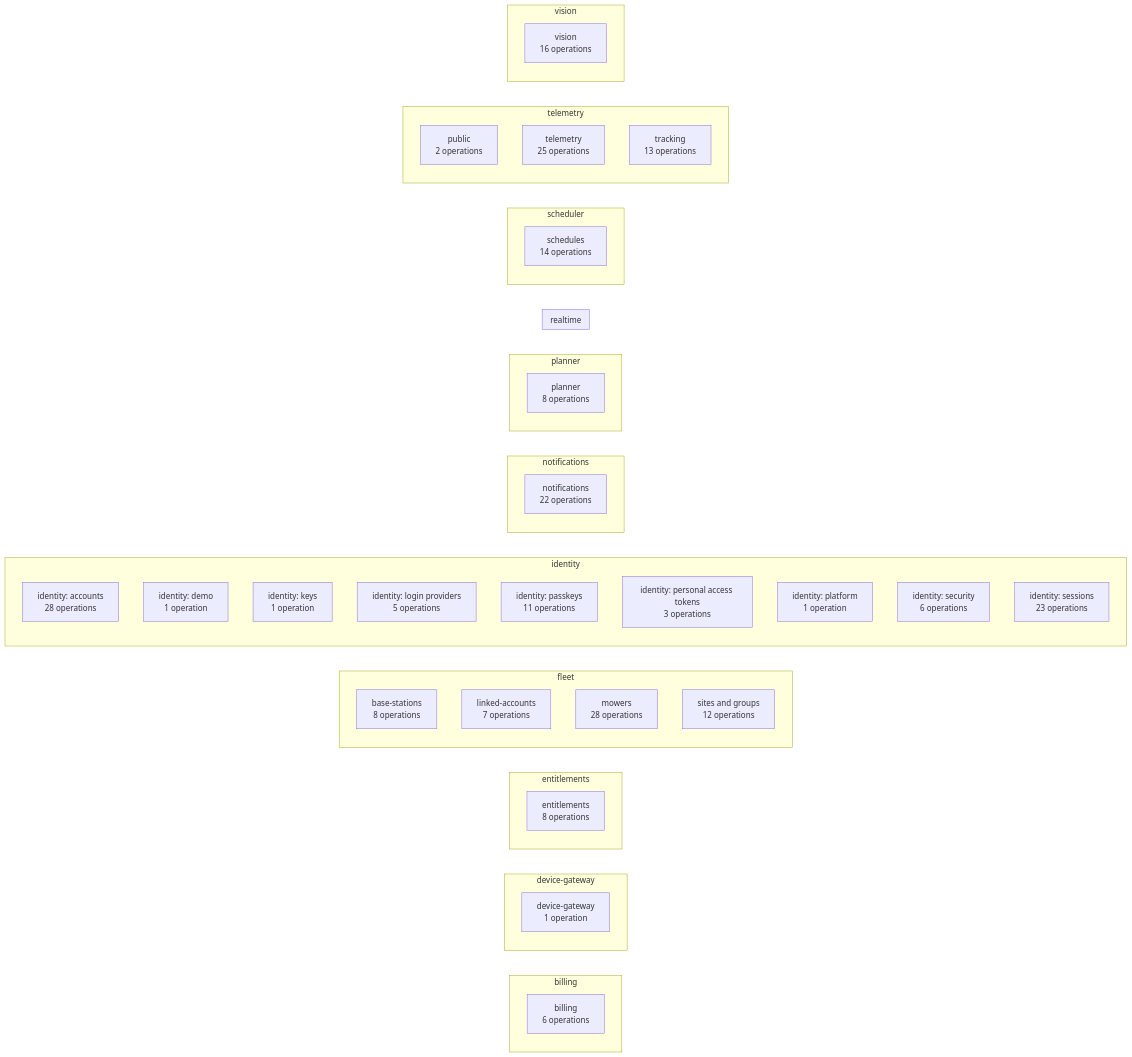
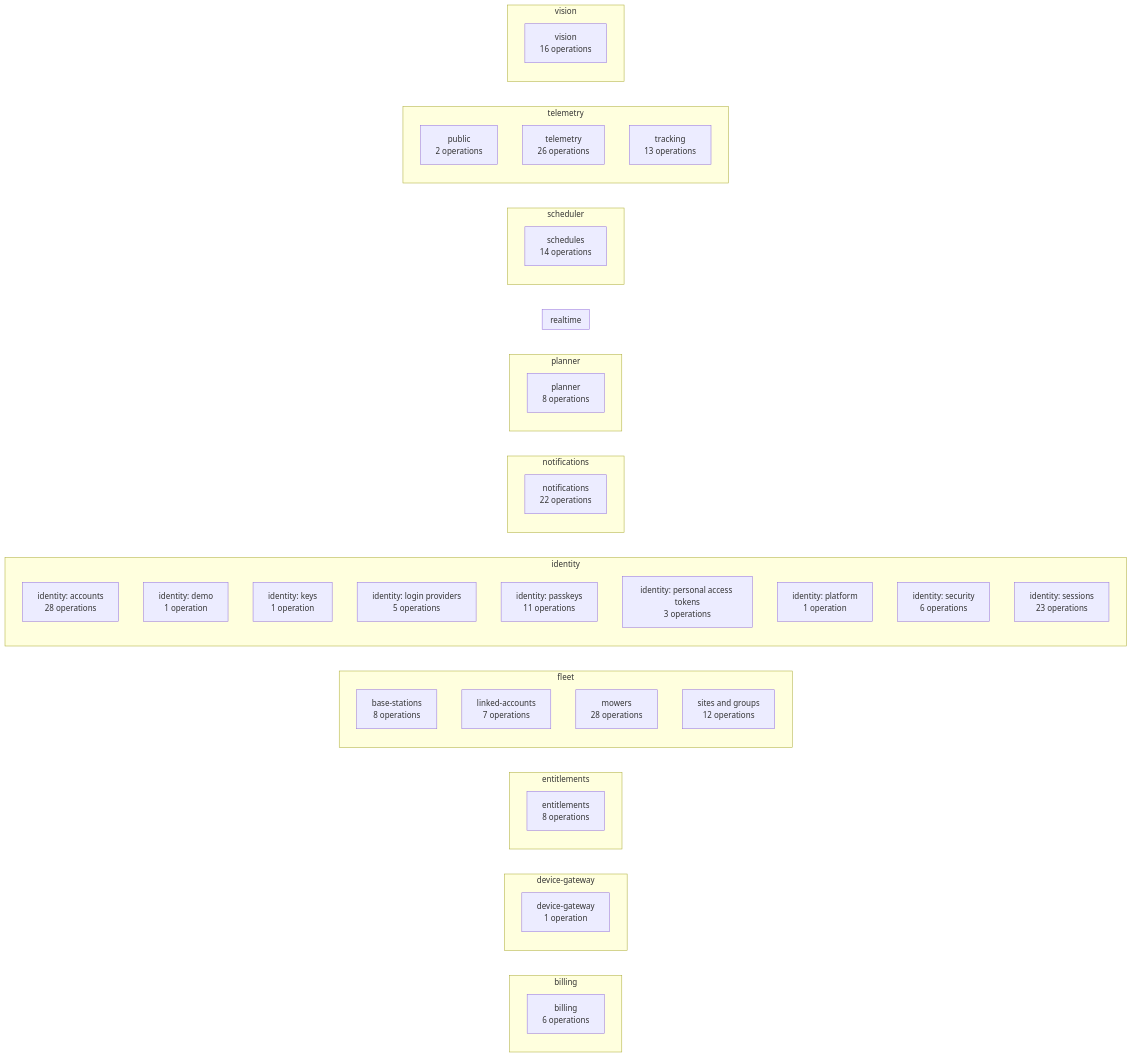
One commit to lukislp/mowdeck changed diagram 14 of 15 in docs/architecture/generated.md. Above: the diagram before and after it, drawn with Mermaid. The commit also changed other lines of this file and 33 other files, not shown here.

````diff
--- a/docs/architecture/generated.md
+++ b/docs/architecture/generated.md
@@ -437,59 +438,59 @@
 ```mermaid
 flowchart LR
   subgraph billing["billing"]
     direction TB
     billing_billing["billing<br/>6 operations"]
   end
   subgraph device_gateway["device-gateway"]
     direction TB
     device_gateway_device_gateway["device-gateway<br/>1 operation"]
   end
   subgraph entitlements["entitlements"]
     direction TB
     entitlements_entitlements["entitlements<br/>8 operations"]
   end
   subgraph fleet["fleet"]
     direction TB
     fleet_base_stations["base-stations<br/>8 operations"]
     fleet_linked_accounts["linked-accounts<br/>7 operations"]
     fleet_mowers["mowers<br/>28 operations"]
     fleet_sites_and_groups["sites and groups<br/>12 operations"]
   end
   subgraph identity["identity"]
     direction TB
     identity_identity__accounts["identity: accounts<br/>28 operations"]
     identity_identity__demo["identity: demo<br/>1 operation"]
     identity_identity__keys["identity: keys<br/>1 operation"]
     identity_identity__login_providers["identity: login providers<br/>5 operations"]
     identity_identity__passkeys["identity: passkeys<br/>11 operations"]
     identity_identity__personal_access_tokens["identity: personal access tokens<br/>3 operations"]
     identity_identity__platform["identity: platform<br/>1 operation"]
     identity_identity__security["identity: security<br/>6 operations"]
     identity_identity__sessions["identity: sessions<br/>23 operations"]
   end
   subgraph notifications["notifications"]
     direction TB
     notifications_notifications["notifications<br/>22 operations"]
   end
   subgraph planner["planner"]
     direction TB
     planner_planner["planner<br/>8 operations"]
   end
   subgraph realtime["realtime"]
     direction TB
   end
   subgraph scheduler["scheduler"]
     direction TB
     scheduler_schedules["schedules<br/>14 operations"]
   end
   subgraph telemetry["telemetry"]
     direction TB
     telemetry_public["public<br/>2 operations"]
-    telemetry_telemetry["telemetry<br/>25 operations"]
+    telemetry_telemetry["telemetry<br/>26 operations"]
     telemetry_tracking["tracking<br/>13 operations"]
   end
   subgraph vision["vision"]
     direction TB
     vision_vision["vision<br/>16 operations"]
   end
 ```
````
